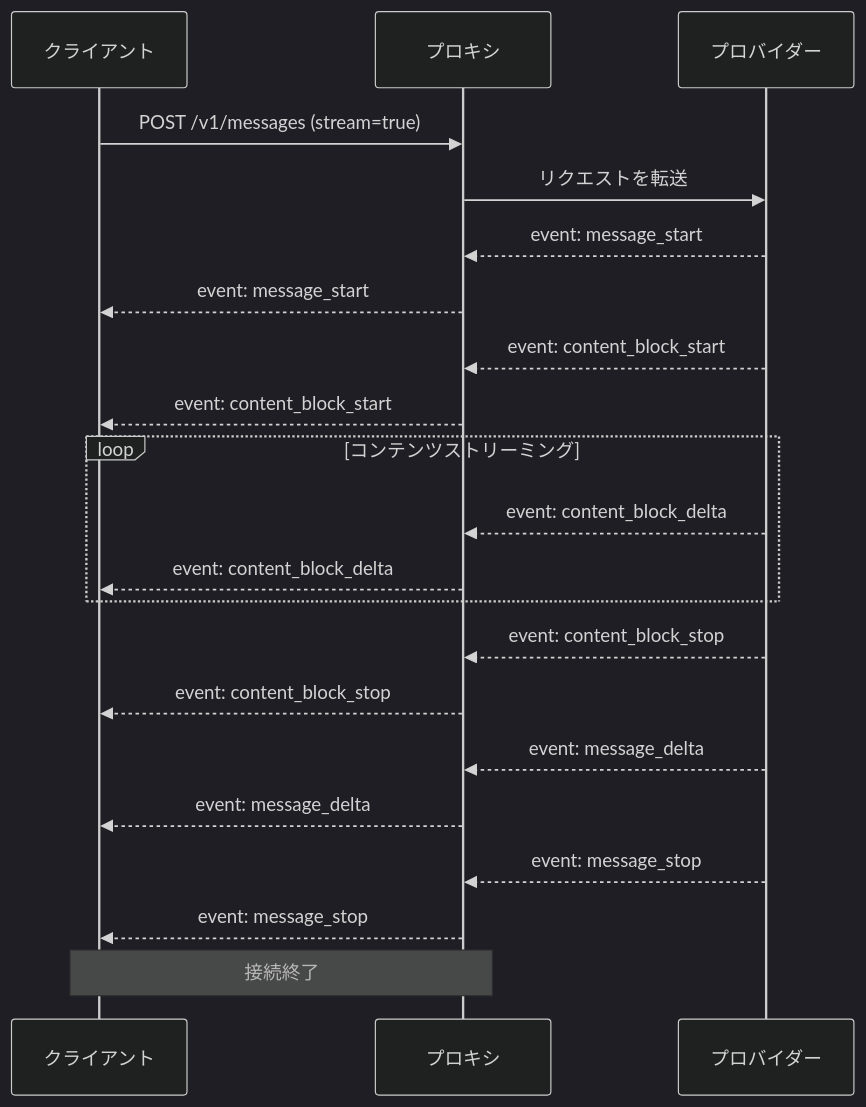
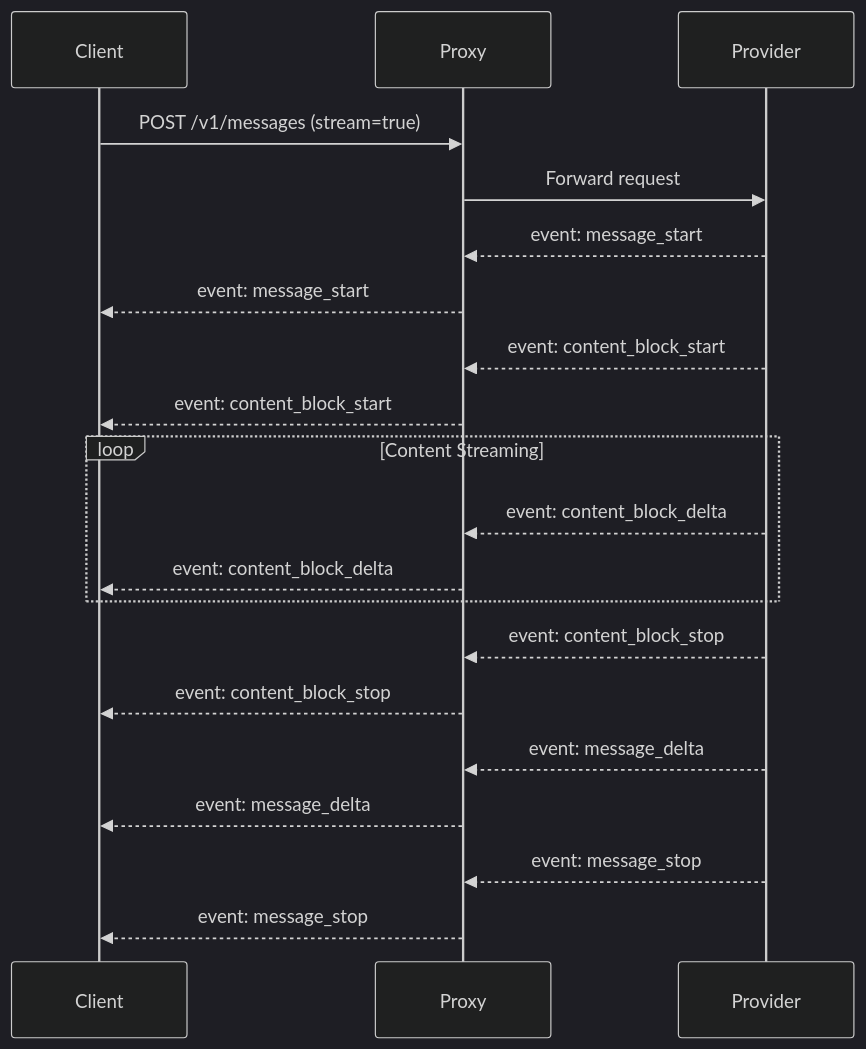
One commit to omarluq/cc-relay changed the fourth of 5 diagrams in docs-site/content/ja/docs/architecture.md. Above: the diagram before and after it, drawn with Mermaid (dark theme). The commit also changed other lines of this file and 5 other files, not shown here.

First line of the commit message:
docs: rewrite architecture docs with multi-provider support

````diff
--- a/docs-site/content/ja/docs/architecture.md
+++ b/docs-site/content/ja/docs/architecture.md
@@ -207,31 +210,29 @@
 ```mermaid
 sequenceDiagram
-    participant Client as クライアント
-    participant Proxy as プロキシ
-    participant Provider as プロバイダー
+    participant Client
+    participant Proxy
+    participant Provider
 
     Client->>Proxy: POST /v1/messages (stream=true)
-    Proxy->>Provider: リクエストを転送
+    Proxy->>Provider: Forward request
 
     Provider-->>Proxy: event: message_start
     Proxy-->>Client: event: message_start
 
     Provider-->>Proxy: event: content_block_start
     Proxy-->>Client: event: content_block_start
 
-    loop コンテンツストリーミング
+    loop Content Streaming
         Provider-->>Proxy: event: content_block_delta
         Proxy-->>Client: event: content_block_delta
     end
 
     Provider-->>Proxy: event: content_block_stop
     Proxy-->>Client: event: content_block_stop
 
     Provider-->>Proxy: event: message_delta
     Proxy-->>Client: event: message_delta
 
     Provider-->>Proxy: event: message_stop
     Proxy-->>Client: event: message_stop
-
-    Note over Client,Proxy: 接続終了
 ```
````
